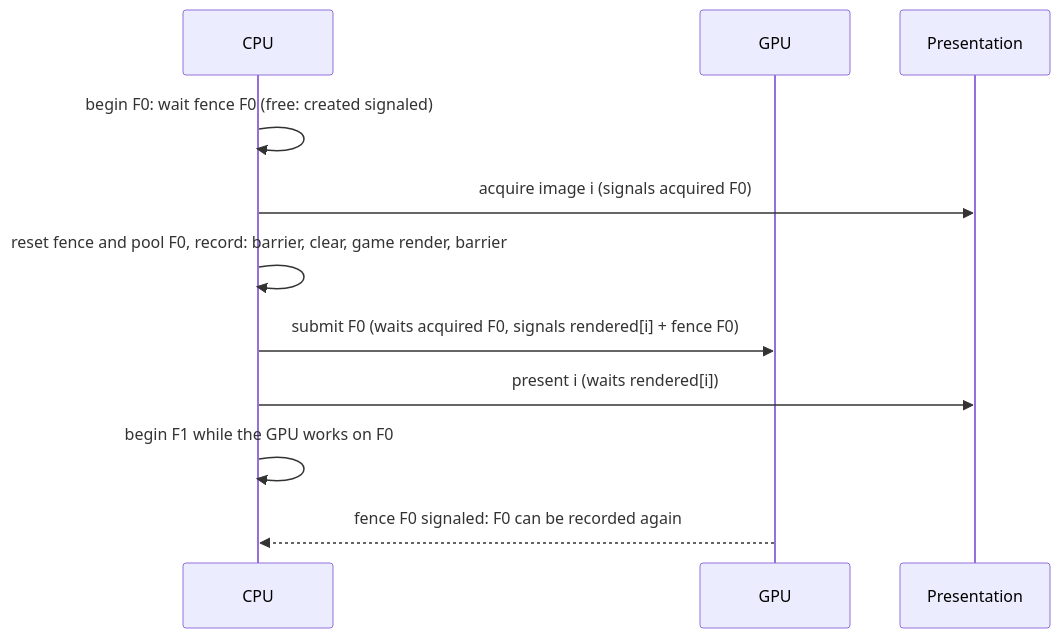
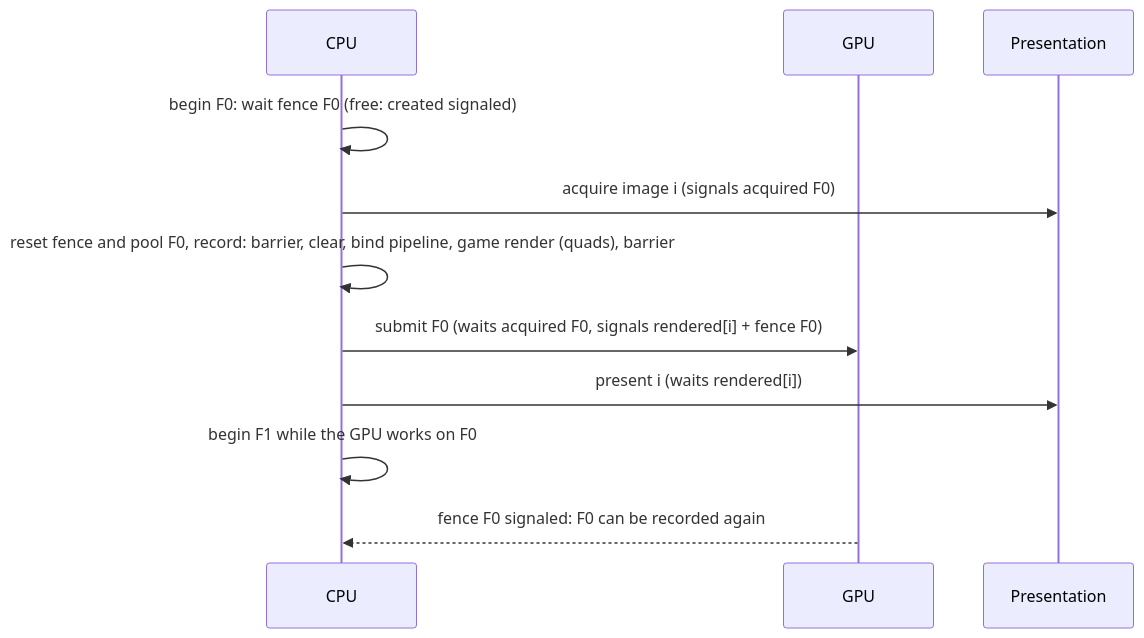
The third of 3 diagrams in docs/features/renderer.md (aski97/reborn-engine), drawn with Mermaid before and after one commit. The commit also changed other lines of this file and 19 other files, not shown here.

First line of the commit message:
feat(renderer): draw quads through a shader pipeline

````diff
--- a/docs/features/renderer.md
+++ b/docs/features/renderer.md
@@ -91,13 +115,13 @@
 ```mermaid
 sequenceDiagram
     participant CPU
     participant GPU
     participant PE as Presentation
     CPU->>CPU: begin F0: wait fence F0 (free: created signaled)
     CPU->>PE: acquire image i (signals acquired F0)
-    CPU->>CPU: reset fence and pool F0, record: barrier, clear, game render, barrier
+    CPU->>CPU: reset fence and pool F0, record: barrier, clear, bind pipeline, game render (quads), barrier
     CPU->>GPU: submit F0 (waits acquired F0, signals rendered[i] + fence F0)
     CPU->>PE: present i (waits rendered[i])
     CPU->>CPU: begin F1 while the GPU works on F0
     GPU-->>CPU: fence F0 signaled: F0 can be recorded again
 ```
````
